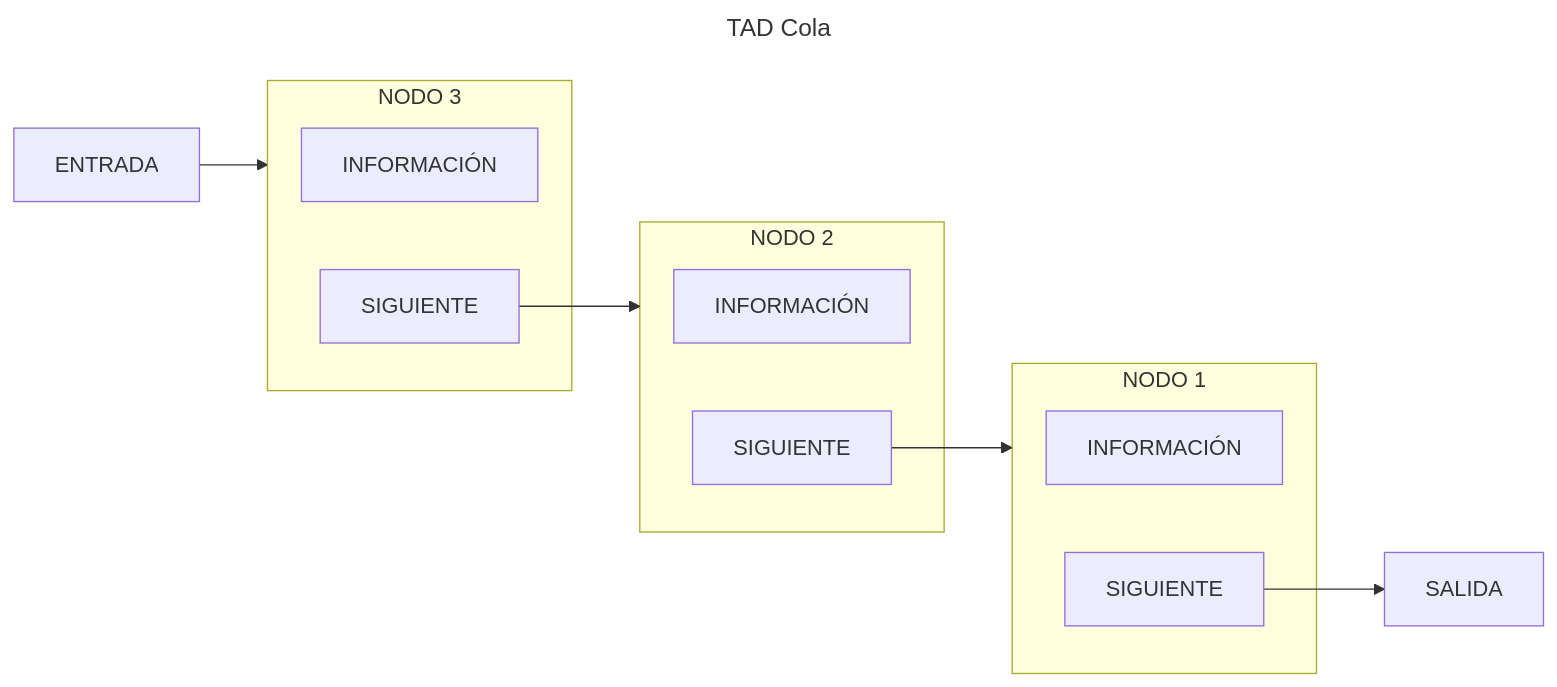
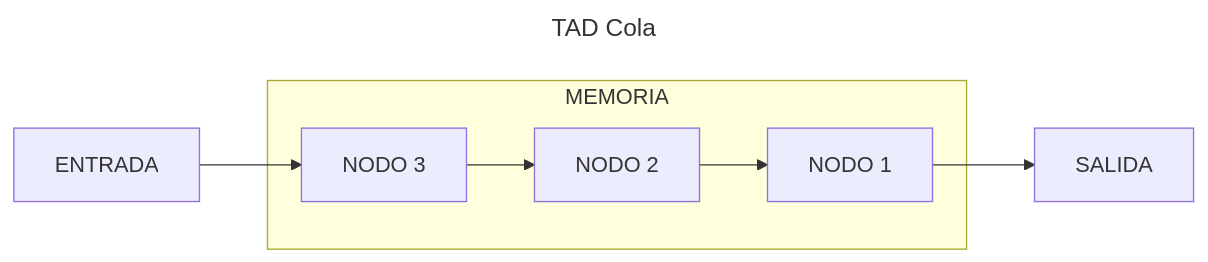
The diagram in docs/topics/03-Apuntes/Pro-2/Tema-4-Colas.md (TeenBiscuits/Pro2324), drawn with Mermaid before and after one commit. The commit also changed other lines of this file and 10 other files, not shown here.

````diff
--- a/docs/topics/03-Apuntes/Pro-2/Tema-4-Colas.md
+++ b/docs/topics/03-Apuntes/Pro-2/Tema-4-Colas.md
@@ -33,22 +36,12 @@
 ```mermaid
 ---
 title: TAD Cola
 ---
 flowchart LR
-    subgraph NODO1[NODO 1]
-        CONTENIDO1[INFORMACIÓN]
-        SIGUIENTE1[SIGUIENTE]
+    subgraph MEMORIA
+        NODO1[NODO 1]
+        NODO2[NODO 2]
+        NODO3[NODO 3]
     end
-    subgraph NODO2[NODO 2]
-        CONTENIDO2[INFORMACIÓN]
-        SIGUIENTE2[SIGUIENTE]
-    end
-    subgraph NODO3[NODO 3]
-        CONTENIDO3[INFORMACIÓN]
-        SIGUIENTE3[SIGUIENTE]
-    end
-    ENTRADA --> NODO3
-    SIGUIENTE3 --> NODO2
-    SIGUIENTE2 --> NODO1
-    SIGUIENTE1 --> SALIDA
+    ENTRADA --> NODO3 --> NODO2 --> NODO1 --> SALIDA
 ```
````
